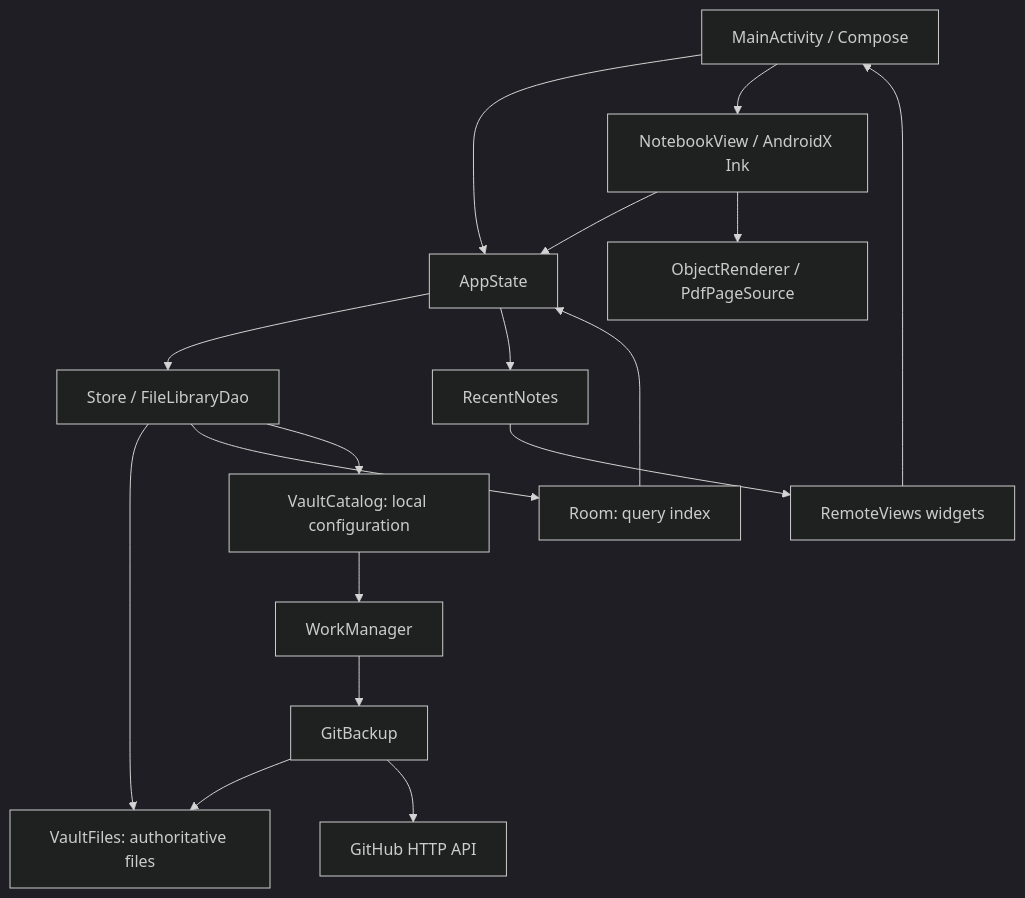
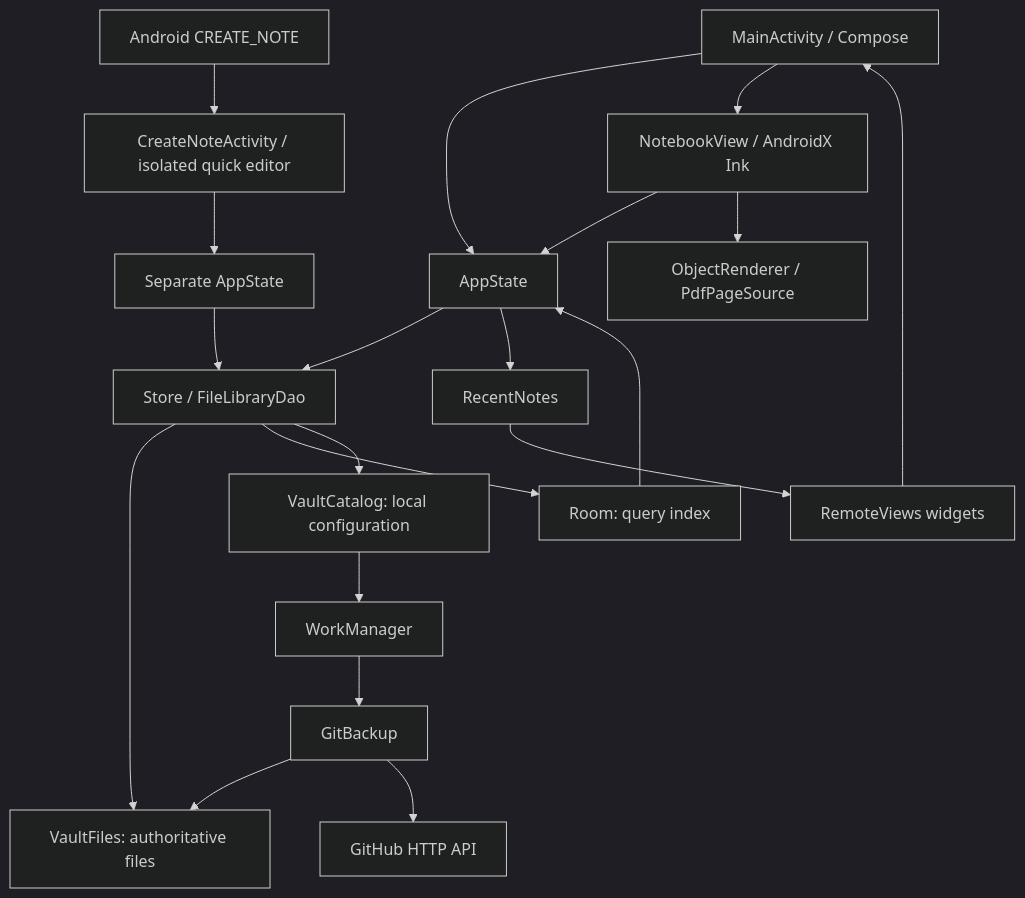
One commit to yufengliu15/dotnote changed the diagram in docs/architecture.md. Above: the diagram before and after it, drawn with Mermaid (dark theme). The commit also changed other lines of this file and 16 other files, not shown here.

````diff
--- a/docs/architecture.md
+++ b/docs/architecture.md
@@ -9,19 +9,22 @@
 ```mermaid
 flowchart TD
     Activity[MainActivity / Compose] --> State[AppState]
+    System[Android CREATE_NOTE] --> Quick[CreateNoteActivity / isolated quick editor]
+    Quick --> QuickState[Separate AppState]
+    QuickState --> Store
     Activity --> Canvas[NotebookView / AndroidX Ink]
     Canvas --> State
     Canvas --> Render[ObjectRenderer / PdfPageSource]
     State --> Store[Store / FileLibraryDao]
     Store --> Files[VaultFiles: authoritative files]
     Store --> Room[Room: query index]
     Room --> State
     Store --> Catalog[VaultCatalog: local configuration]
     Catalog --> Work[WorkManager]
     Work --> Backup[GitBackup]
     Backup --> Files
     Backup --> API[GitHub HTTP API]
     State --> Recent[RecentNotes]
     Recent --> Widgets[RemoteViews widgets]
     Widgets --> Activity
 ```
````
